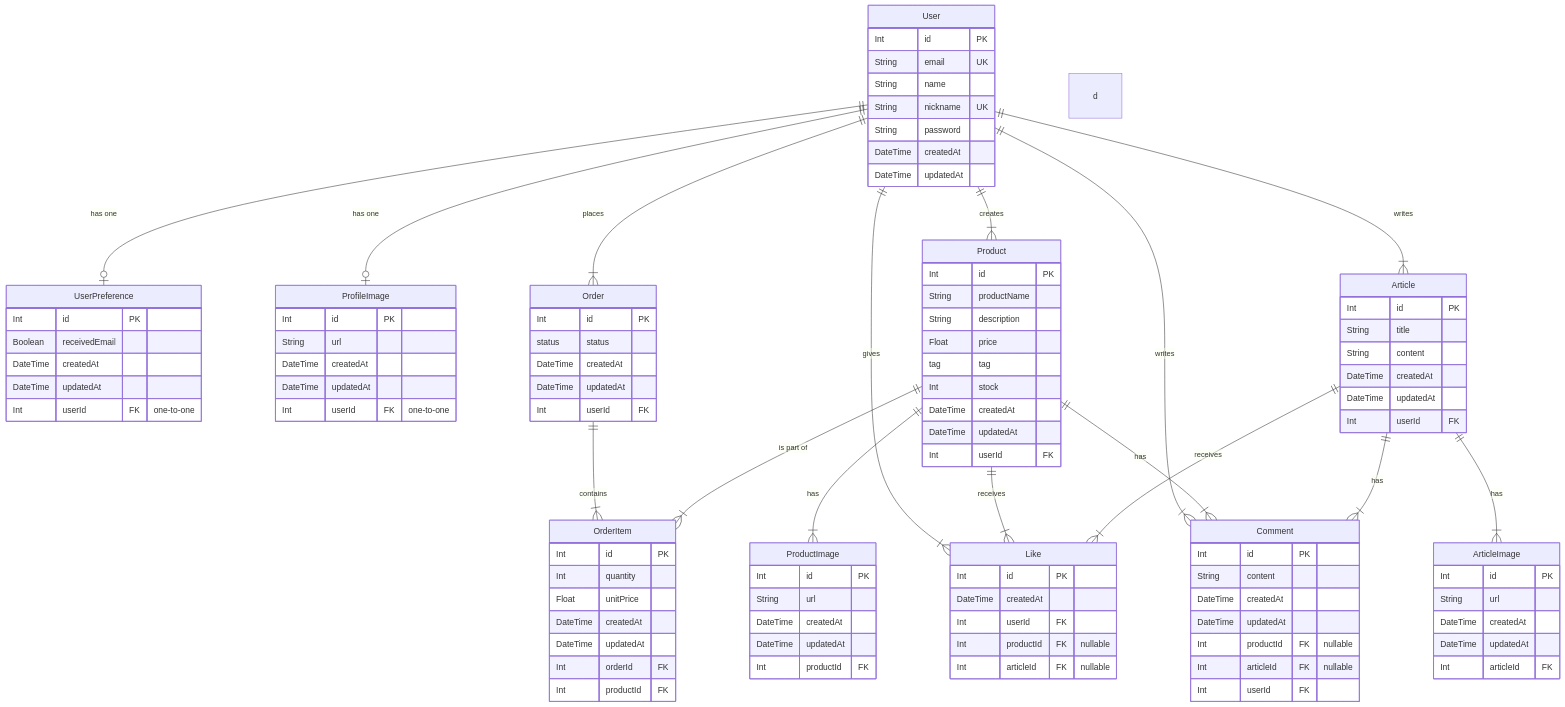
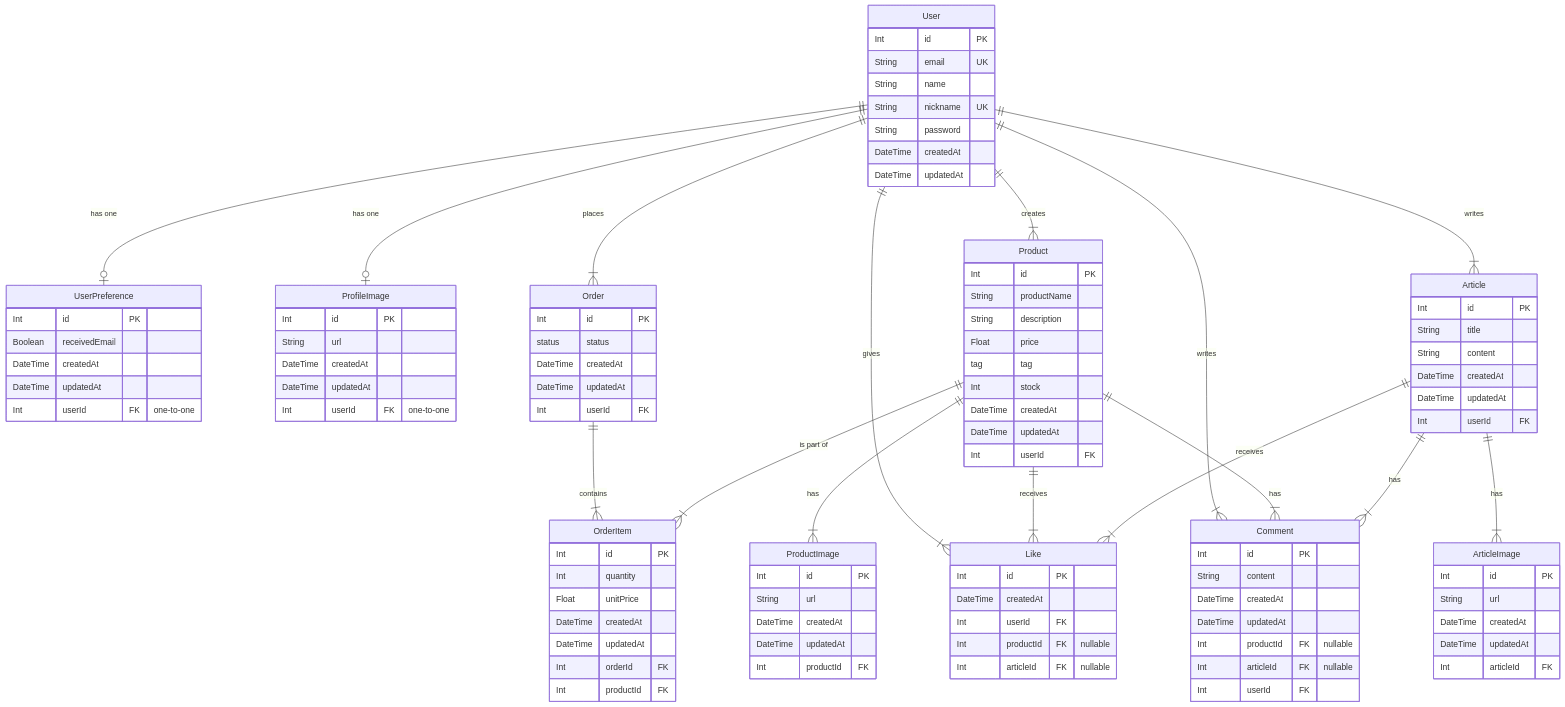
Before and after one commit to minyeok123/6-sprint-mission-km: the diagram in erd.md, drawn with Mermaid. The commit also changed 3 other files, not shown here.

```diff
--- a/erd.md
+++ b/erd.md
@@ -89,7 +89,7 @@
         Int articleId FK "nullable"
     }
 
-d
+
 Comment {
 Int id PK
 String content
```
